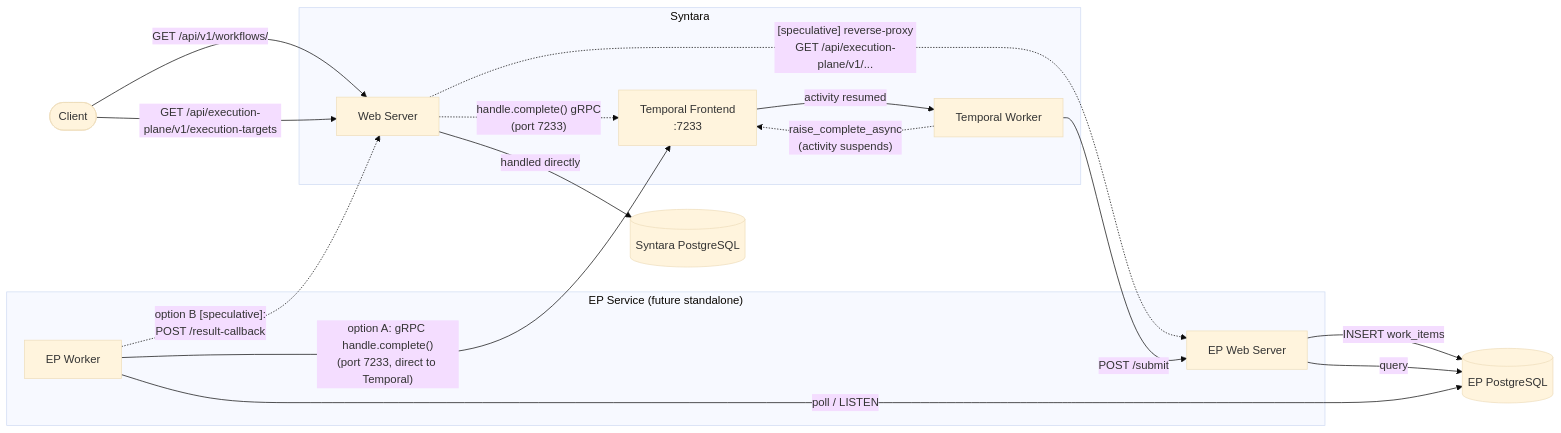
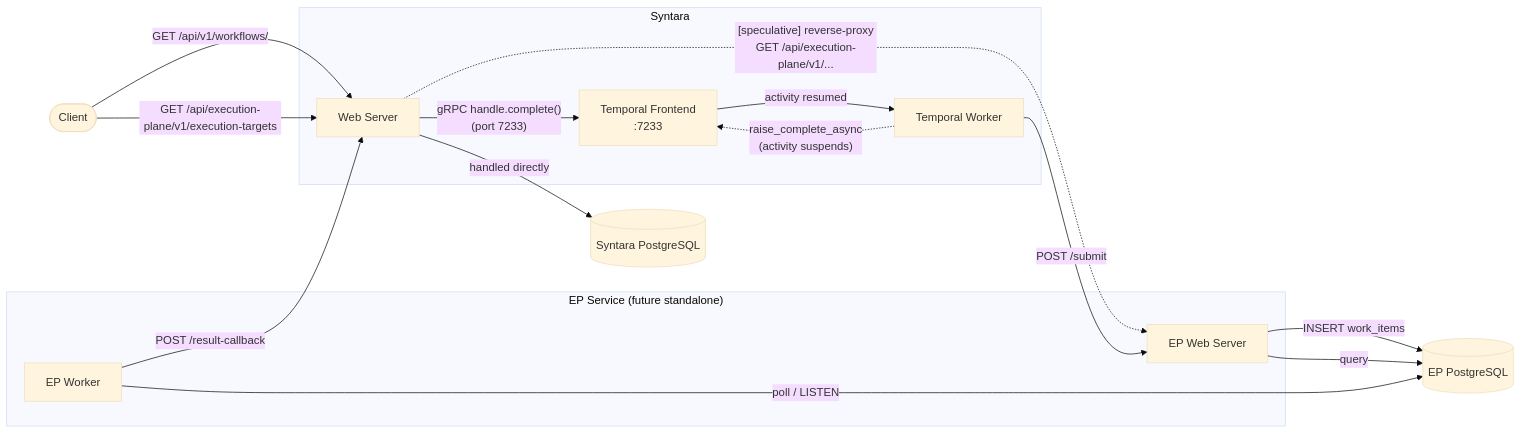
Before and after one commit to AlanCoding/syntara: the second of 2 diagrams in backend/docs/execution-plane-integration.md, drawn with Mermaid (base theme).

Commit message:
docs(ep): simplify future-state completion path to callback only
Remove the option A/B split. The future design shows a single completion
path: EP Worker POSTs the result to a Syntara callback endpoint, which
then calls gRPC handle.complete() on Temporal Frontend.

````diff
--- a/backend/docs/execution-plane-integration.md
+++ b/backend/docs/execution-plane-integration.md
@@ -62,36 +62,34 @@
 ```mermaid
 flowchart LR
     C([Client])
     SDB[("Syntara PostgreSQL")]
     EPDB[("EP PostgreSQL")]
 
     subgraph syn["Syntara"]
         SW["Web Server"]
         STW["Temporal Worker"]
         T["Temporal Frontend\n:7233"]
     end
 
     subgraph epservice["EP Service (future standalone)"]
         EPWS["EP Web Server"]
         EPW["EP Worker"]
     end
 
     C -->|"GET /api/v1/workflows/"| SW
     C -->|"GET /api/execution-plane/v1/execution-targets"| SW
 
     SW -->|"handled directly"| SDB
     SW -. "[speculative] reverse-proxy\nGET /api/execution-plane/v1/..." .-> EPWS
 
     STW -->|"POST /submit"| EPWS
     EPWS -->|"INSERT work_items"| EPDB
     STW -.->|"raise_complete_async\n(activity suspends)"| T
 
     EPWS -->|"query"| EPDB
     EPW -->|"poll / LISTEN"| EPDB
 
-    EPW -->|"option A: gRPC handle.complete()\n(port 7233, direct to Temporal)"| T
+    EPW -->|"POST /result-callback"| SW
+    SW -->|"gRPC handle.complete()\n(port 7233)"| T
     T -->|"activity resumed"| STW
-
-    EPW -. "option B [speculative]:\nPOST /result-callback" .-> SW
-    SW -. "handle.complete() gRPC\n(port 7233)" .-> T
 ```
````
